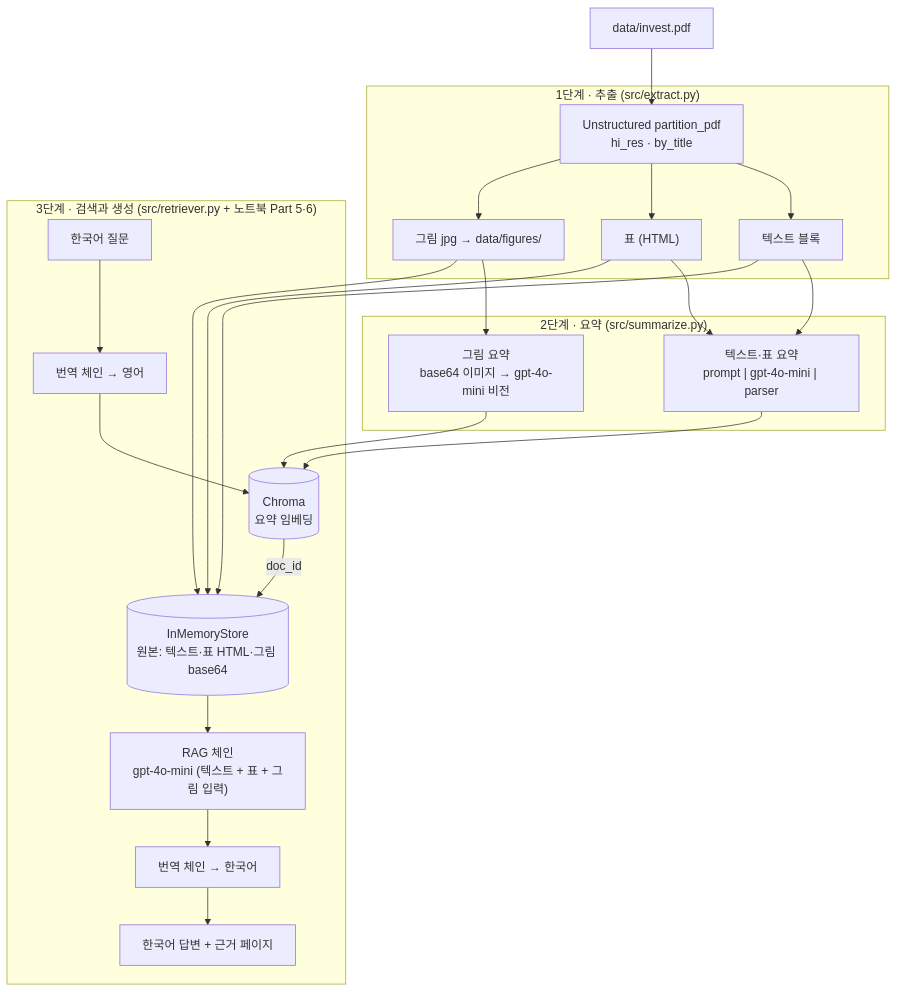
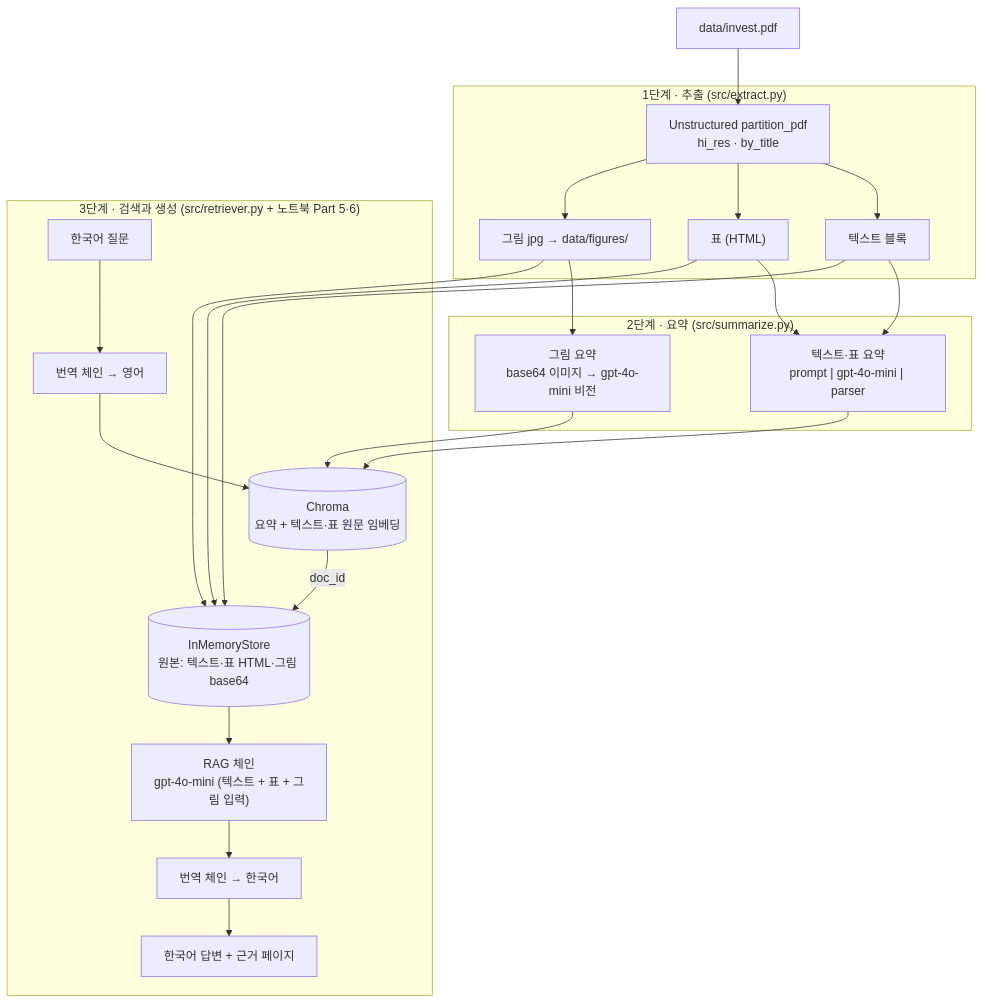
Before and after one commit to seram2002-wq/multimodal-rag: the diagram in README.md, drawn with Mermaid. The commit also changed other lines of this file and 10 other files, not shown here.

````diff
--- a/README.md
+++ b/README.md
@@ -14,32 +14,32 @@
 ```mermaid
 flowchart TB
     PDF["data/invest.pdf"]
 
     subgraph S1["1단계 · 추출 (src/extract.py)"]
         P["Unstructured partition_pdf<br/>hi_res · by_title"]
         T["텍스트 블록"]
         TB["표 (HTML)"]
         IMG["그림 jpg → data/figures/"]
         P --> T & TB & IMG
     end
 
     subgraph S2["2단계 · 요약 (src/summarize.py)"]
         ST["텍스트·표 요약<br/>prompt | gpt-4o-mini | parser"]
         SI["그림 요약<br/>base64 이미지 → gpt-4o-mini 비전"]
     end
 
     subgraph S3["3단계 · 검색과 생성 (src/retriever.py + 노트북 Part 5·6)"]
         Q["한국어 질문"] --> TR1["번역 체인 → 영어"]
-        TR1 --> VS[("Chroma<br/>요약 임베딩")]
+        TR1 --> VS[("Chroma<br/>요약 + 텍스트·표 원문 임베딩")]
         VS -- "doc_id" --> DS[("InMemoryStore<br/>원본: 텍스트·표 HTML·그림 base64")]
         DS --> LLM["RAG 체인<br/>gpt-4o-mini (텍스트 + 표 + 그림 입력)"]
         LLM --> TR2["번역 체인 → 한국어"]
         TR2 --> A["한국어 답변 + 근거 페이지"]
     end
 
     PDF --> P
     T & TB --> ST
     IMG --> SI
     ST & SI --> VS
     T & TB & IMG --> DS
 ```
````
